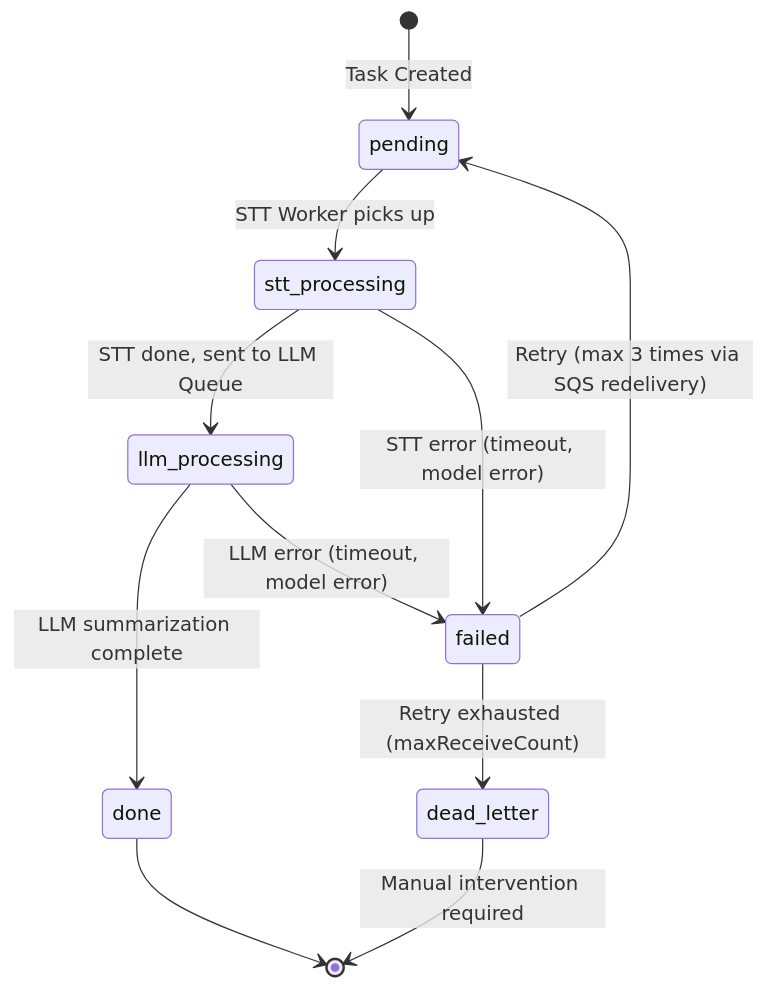
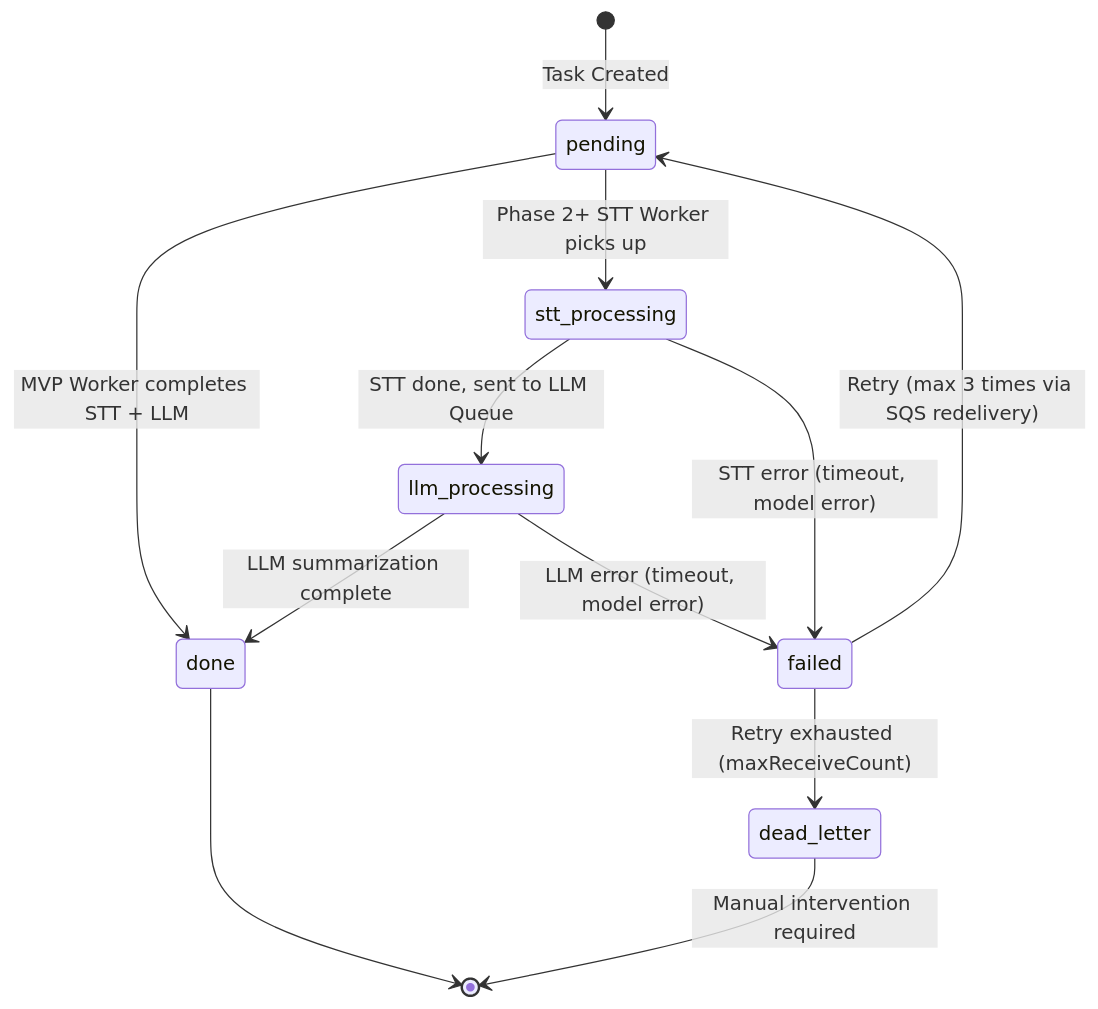
The sixth of 13 diagrams in ARCHITECTURE.md (m24927605/system-architecture-design), drawn with Mermaid before and after one commit. The commit also changed other lines of this file and 5 other files, not shown here.

Commit message:
Align MVP architecture with single worker flow

````diff
--- a/ARCHITECTURE.md
+++ b/ARCHITECTURE.md
@@ -580,18 +615,17 @@
 ```mermaid
 stateDiagram-v2
     [*] --> pending: Task Created
 
-    pending --> stt_processing: STT Worker picks up
+    pending --> done: MVP Worker completes STT + LLM
 
+    pending --> stt_processing: Phase 2+ STT Worker picks up
     stt_processing --> llm_processing: STT done, sent to LLM Queue
     stt_processing --> failed: STT error (timeout, model error)
-
     llm_processing --> done: LLM summarization complete
     llm_processing --> failed: LLM error (timeout, model error)
 
+    done --> [*]
     failed --> pending: Retry (max 3 times via SQS redelivery)
     failed --> dead_letter: Retry exhausted (maxReceiveCount)
-
-    done --> [*]
     dead_letter --> [*]: Manual intervention required
 ```
````
